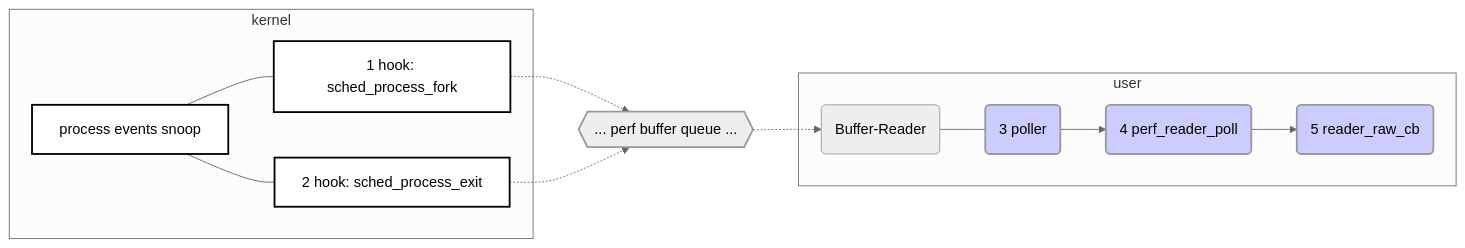
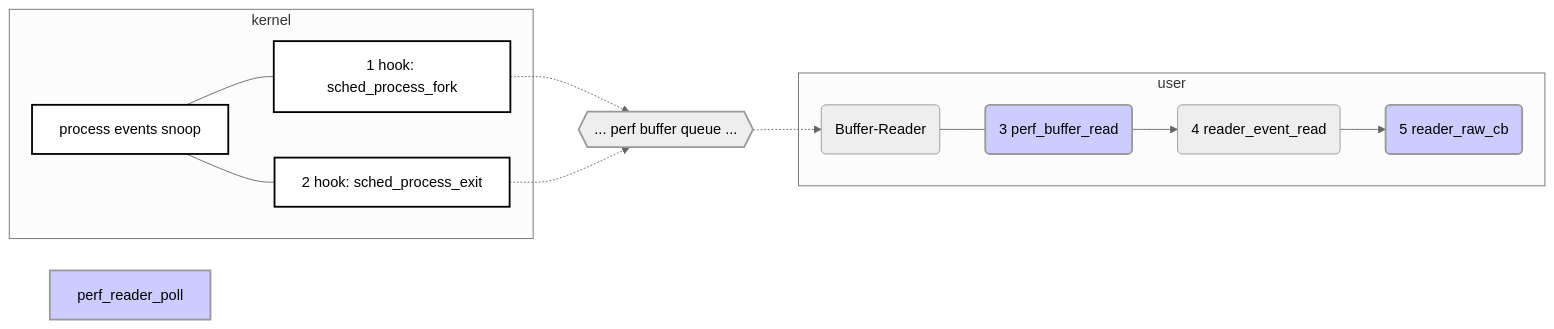
Before and after one commit to deepflowio/deepflow: the fifth of 7 diagrams in agent/src/ebpf/README.md, drawn with Mermaid (neutral theme). The commit also changed other lines of this file and 6 other files, not shown here.

First line of the commit message:
[eBPF] Support reading data from the perf buffer using multiple threads

````diff
--- a/agent/src/ebpf/README.md
+++ b/agent/src/ebpf/README.md
@@ -368,25 +368,25 @@
 ```mermaid
 graph LR
-    style poller fill:#ccff,color:#000, stroke-width:2px
+    style perf_buffer_read fill:#ccff,color:#000, stroke-width:2px
     style perf_reader_poll fill:#ccff,color:#000, stroke-width:2px
     style reader_raw_cb fill:#ccff,color:#000, stroke-width:2px
     style perf_buffer stroke-width:2px
     style hook fill:#fff,color:#000,stroke:#000,stroke-width:2px
     style hook1 fill:#fff,color:#000,stroke:#000,stroke-width:2px
     style hook2 fill:#fff,color:#000,stroke:#000,stroke-width:2px
     subgraph kernel
     hook[process events snoop]
     hook1[1 hook: sched_process_fork]
     hook2[2 hook: sched_process_exit]
     hook---hook1
     hook---hook2
     end
     perf_buffer{{... perf buffer queue ...}}
 
     hook1-.->perf_buffer
     hook2-.->perf_buffer
     perf_buffer-.-> Buffer-Reader(Buffer-Reader)
     subgraph user
-    Buffer-Reader---poller(3 poller)-->perf_reader_poll(4 perf_reader_poll)-->reader_raw_cb(5 reader_raw_cb)
+    Buffer-Reader---perf_buffer_read(3 perf_buffer_read)-->reader_event_read(4 reader_event_read)-->reader_raw_cb(5 reader_raw_cb)
     end 
 ```
````
